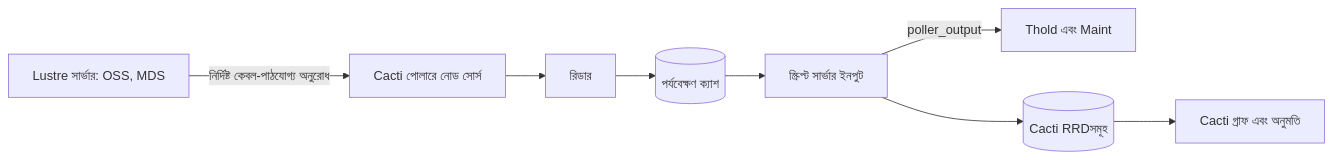
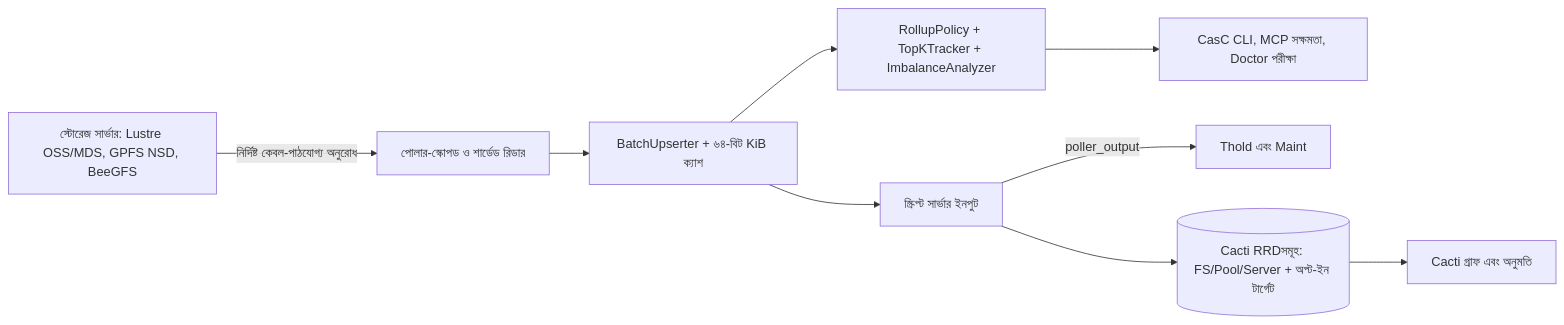
One commit to somethingwithproof/plugin_pfs changed the diagram in docs/i18n/bn-BD/README.md. Above: the diagram before and after it, drawn with Mermaid. The commit also changed other lines of this file and 47 other files, not shown here.

````diff
--- a/docs/i18n/bn-BD/README.md
+++ b/docs/i18n/bn-BD/README.md
@@ -74,10 +82,11 @@
 ```mermaid
 flowchart LR
-    N[Lustre সার্ভার: OSS, MDS] -->|নির্দিষ্ট কেবল-পাঠযোগ্য অনুরোধ| S[Cacti পোলারে নোড সোর্স]
-    S --> R[রিডার]
-    R --> C[(পর্যবেক্ষণ ক্যাশ)]
-    C --> SS[স্ক্রিপ্ট সার্ভার ইনপুট]
+    N[স্টোরেজ সার্ভার: Lustre OSS/MDS, GPFS NSD, BeeGFS] -->|নির্দিষ্ট কেবল-পাঠযোগ্য অনুরোধ| S[পোলার-স্কোপড ও শার্ডেড রিডার]
+    S --> B[BatchUpserter + ৬৪-বিট KiB ক্যাশ]
+    B --> R[RollupPolicy + TopKTracker + ImbalanceAnalyzer]
+    B --> SS[স্ক্রিপ্ট সার্ভার ইনপুট]
+    R --> ECO[CasC CLI, MCP সক্ষমতা, Doctor পরীক্ষা]
     SS -->|poller_output| T[Thold এবং Maint]
-    SS --> RRD[(Cacti RRDসমূহ)]
+    SS --> RRD[(Cacti RRDসমূহ: FS/Pool/Server + অপ্ট-ইন টার্গেট)]
     RRD --> G[Cacti গ্রাফ এবং অনুমতি]
 ```
````
